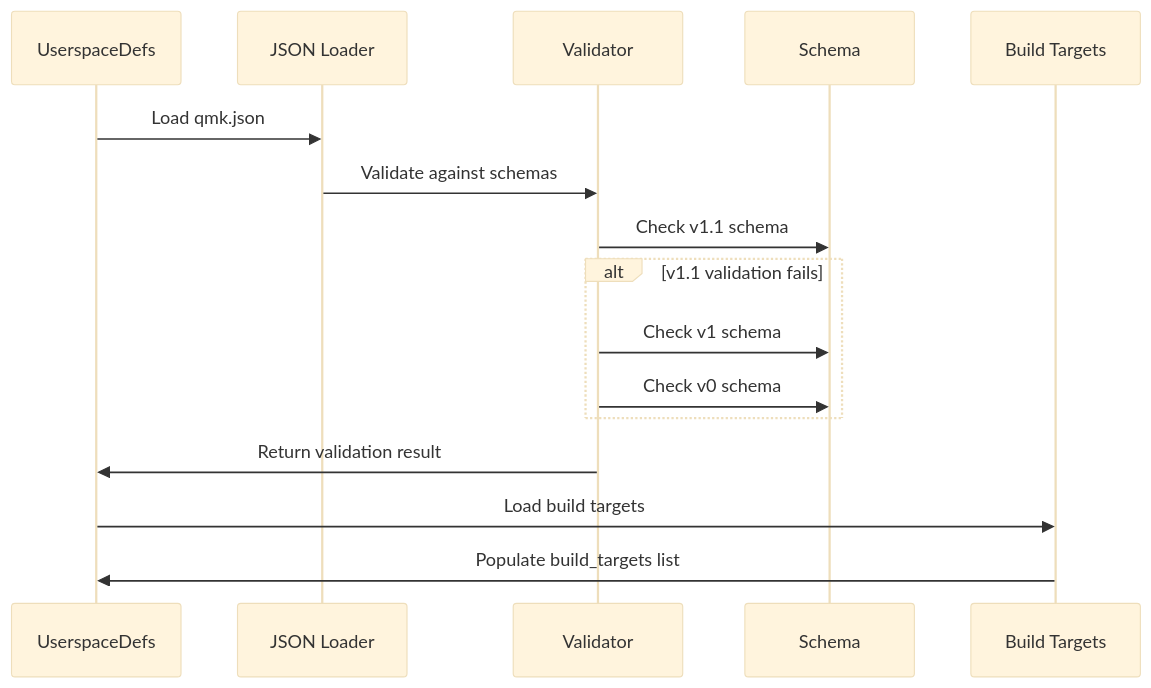
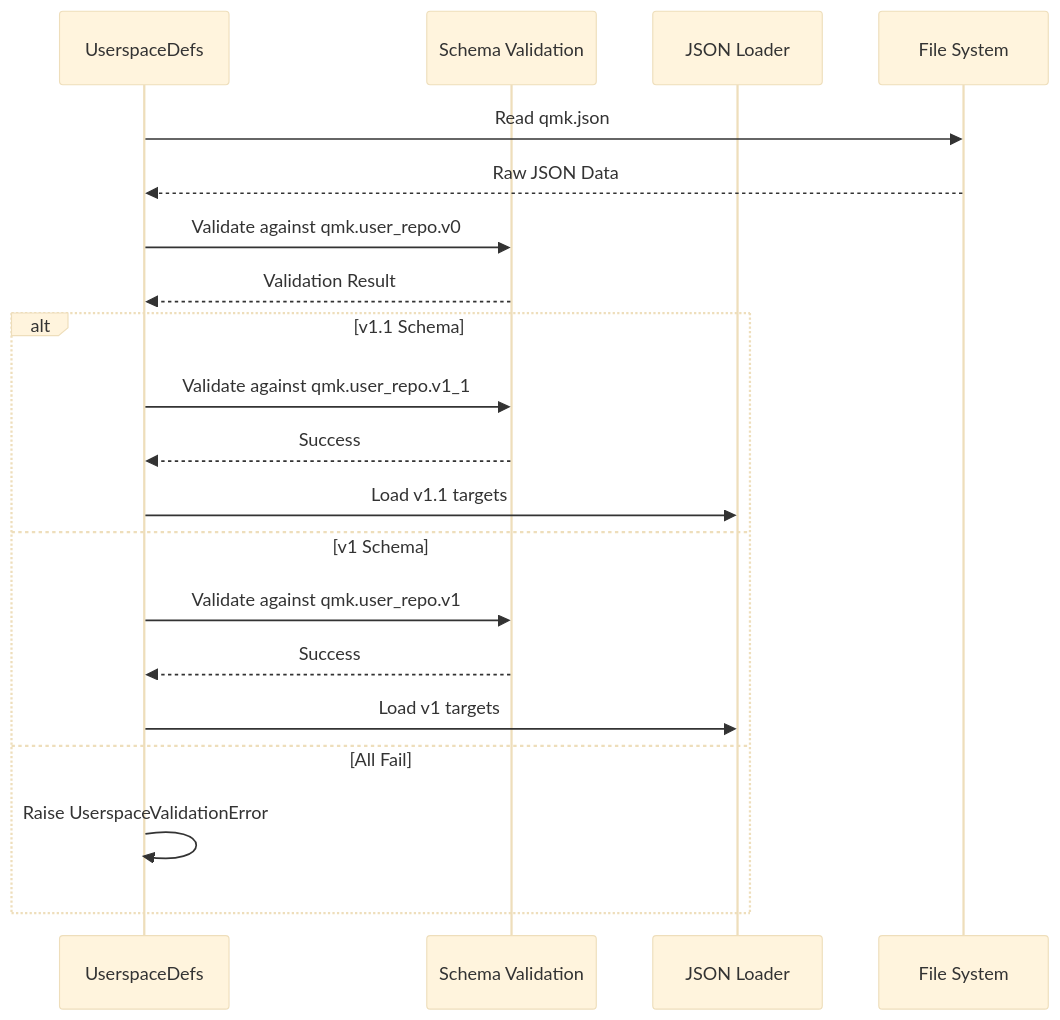
One commit to FSoft-AI4Code/codewiki-demo changed the fifth of 8 diagrams in docs/qmk--qmk_firmware-docs/userspace.md. Above: the diagram before and after it, drawn with Mermaid (base theme). The commit also changed other lines of this file and 1103 other files, not shown here.

````diff
--- a/docs/qmk--qmk_firmware-docs/userspace.md
+++ b/docs/qmk--qmk_firmware-docs/userspace.md
@@ -117,19 +106,24 @@
 ```mermaid
 sequenceDiagram
-    participant US as UserspaceDefs
-    participant JS as JSON Loader
-    participant VAL as Validator
-    participant SCH as Schema
-    participant BT as Build Targets
+    participant U as UserspaceDefs
+    participant V as Schema Validation
+    participant J as JSON Loader
+    participant F as File System
     
-    US->>JS: Load qmk.json
-    JS->>VAL: Validate against schemas
-    VAL->>SCH: Check v1.1 schema
-    alt v1.1 validation fails
-        VAL->>SCH: Check v1 schema
-        VAL->>SCH: Check v0 schema
+    U->>F: Read qmk.json
+    F-->>U: Raw JSON Data
+    U->>V: Validate against qmk.user_repo.v0
+    V-->>U: Validation Result
+    
+    alt v1.1 Schema
+        U->>V: Validate against qmk.user_repo.v1_1
+        V-->>U: Success
+        U->>J: Load v1.1 targets
+    else v1 Schema
+        U->>V: Validate against qmk.user_repo.v1
+        V-->>U: Success
+        U->>J: Load v1 targets
+    else All Fail
+        U->>U: Raise UserspaceValidationError
     end
-    VAL->>US: Return validation result
-    US->>BT: Load build targets
-    BT->>US: Populate build_targets list
 ```
````
